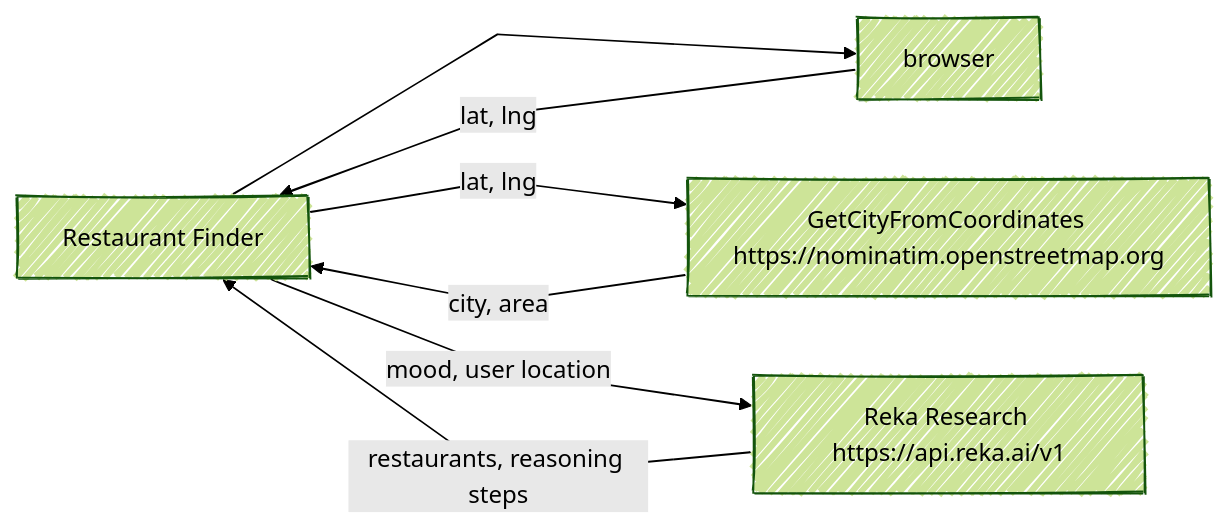
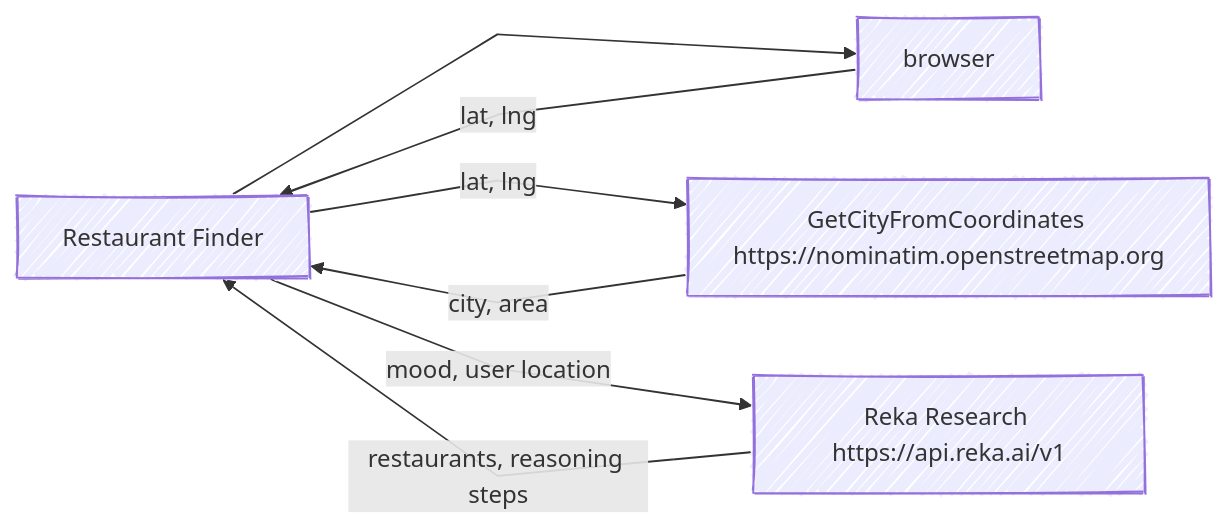
Before and after one commit to fboucher/api-examples-dotnet: the first of 2 diagrams in reka-restaurant/README.md, drawn with Mermaid.

Commit message:
Fix: Update diagram theme in README for consistency

````diff
--- a/reka-restaurant/README.md
+++ b/reka-restaurant/README.md
@@ -37,15 +37,13 @@
 ```mermaid
-%%{ init : { "theme" : "forest", "look": "handDrawn", "flowchart" : { "curve" : "linear" }}}%%
-
+%%{ init : { "look": "handDrawn", "flowchart" : { "curve" : "linear" }}}%%
 
 flowchart LR
 
-   
         A[Restaurant Finder] --> B[browser]
         B --> |lat, lng| A
         A --> |lat, lng| C[GetCityFromCoordinates https://nominatim.openstreetmap.org]
         C --> |city, area| A
    
         A -->|mood, user location| D[Reka Research https://api.reka.ai/v1]
         D --> |restaurants, reasoning steps| A
 ```
````
